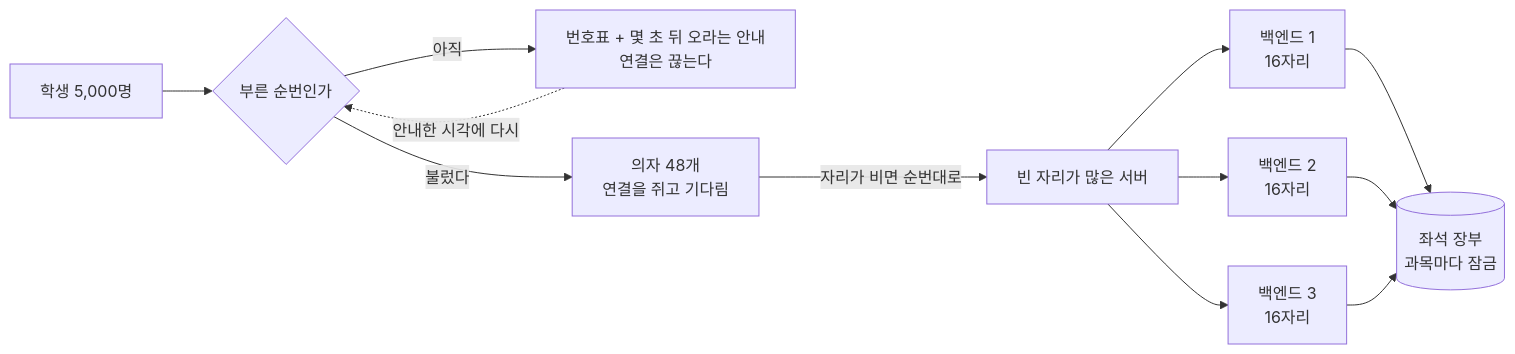
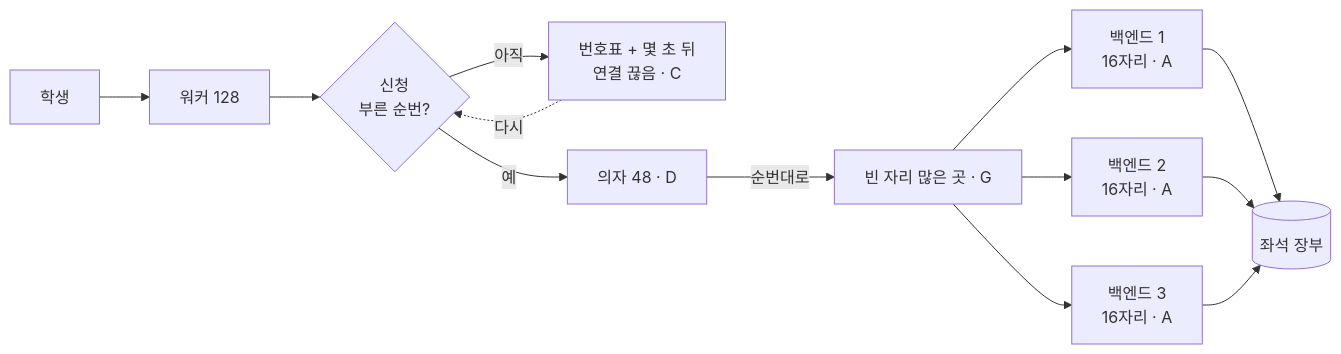
The diagram in README.md (pinn99k/jungle_web_server), drawn with Mermaid before and after one commit. The commit also changed other lines of this file and 1 other file, not shown here.

````diff
--- a/README.md
+++ b/README.md
@@ -14,12 +63,11 @@
 ```mermaid
 flowchart LR
-  S[학생 5,000명] --> G{부른 순번인가}
-  G -- 아직 --> W[번호표 + 몇 초 뒤 오라는 안내<br/>연결은 끊는다]
-  W -. 안내한 시각에 다시 .-> G
-  G -- 불렀다 --> C[의자 48개<br/>연결을 쥐고 기다림]
-  C -- 자리가 비면 순번대로 --> B[빈 자리가 많은 서버]
-  B --> B1[백엔드 1<br/>16자리]
-  B --> B2[백엔드 2<br/>16자리]
-  B --> B3[백엔드 3<br/>16자리]
-  B1 & B2 & B3 --> L[(좌석 장부<br/>과목마다 잠금)]
+  S[학생] --> W[워커 128]
+  W --> G{신청<br/>부른 순번?}
+  G -- 아직 --> T[번호표 + 몇 초 뒤<br/>연결 끊음 · C]
+  T -. 다시 .-> G
+  G -- 예 --> C[의자 48 · D]
+  C -- 순번대로 --> B[빈 자리 많은 곳 · G]
+  B --> B1[백엔드 1<br/>16자리 · A] & B2[백엔드 2<br/>16자리 · A] & B3[백엔드 3<br/>16자리 · A]
+  B1 & B2 & B3 --> L[(좌석 장부)]
 ```
````
